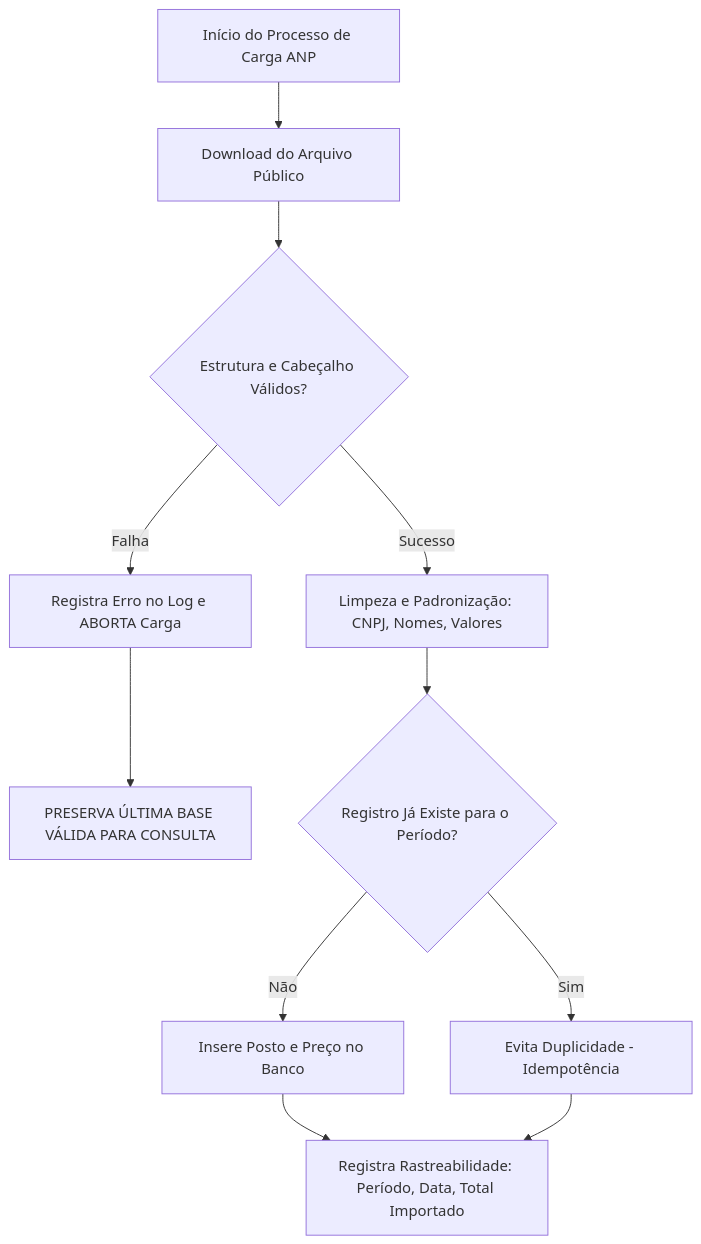
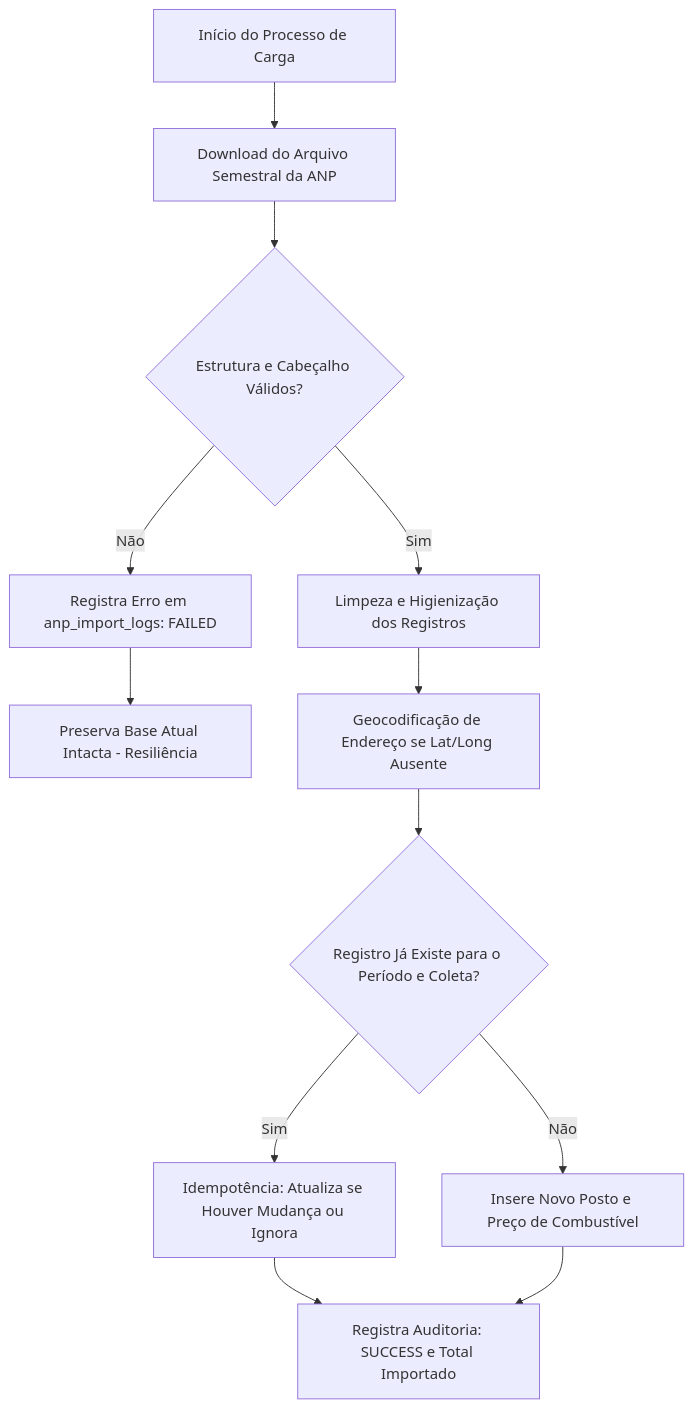
The second of 2 diagrams in .ai/business-rules.md (fuguharawillian/FuelFinder-), drawn with Mermaid before and after one commit. The commit also changed other lines of this file and 3 other files, not shown here.

Commit message:
docs(ai): atualiza especificacao arquitetural, regras de negocio e stack tecnica para implementacao

````diff
--- a/.ai/business-rules.md
+++ b/.ai/business-rules.md
@@ -152,13 +142,14 @@
 ```mermaid
 flowchart TD
-    INICIA[Início do Processo de Carga ANP] --> BAIXA[Download do Arquivo Público]
-    BAIXA --> VALIDA{Estrutura e Cabeçalho Válidos?}
-    VALIDA -- Falha --> FALHA[Registra Erro no Log e ABORTA Carga]
-    FALHA --> MANTEM[PRESERVA ÚLTIMA BASE VÁLIDA PARA CONSULTA]
-    VALIDA -- Sucesso --> HIGIENIZA[Limpeza e Padronização: CNPJ, Nomes, Valores]
-    HIGIENIZA --> IDEMP{Registro Já Existe para o Período?}
-    IDEMP -- Sim --> IGNORA[Evita Duplicidade - Idempotência]
-    IDEMP -- Não --> PERSISTE[Insere Posto e Preço no Banco]
-    PERSISTE --> SUCESSO[Registra Rastreabilidade: Período, Data, Total Importado]
-    IGNORA --> SUCESSO
+    A[Início do Processo de Carga] --> B[Download do Arquivo Semestral da ANP]
+    B --> C{Estrutura e Cabeçalho Válidos?}
+    C -- Não --> D[Registra Erro em anp_import_logs: FAILED]
+    D --> E[Preserva Base Atual Intacta - Resiliência]
+    C -- Sim --> F[Limpeza e Higienização dos Registros]
+    F --> G[Geocodificação de Endereço se Lat/Long Ausente]
+    G --> H{Registro Já Existe para o Período e Coleta?}
+    H -- Sim --> I[Idempotência: Atualiza se Houver Mudança ou Ignora]
+    H -- Não --> J[Insere Novo Posto e Preço de Combustível]
+    I --> K[Registra Auditoria: SUCCESS e Total Importado]
+    J --> K
 ```
````
